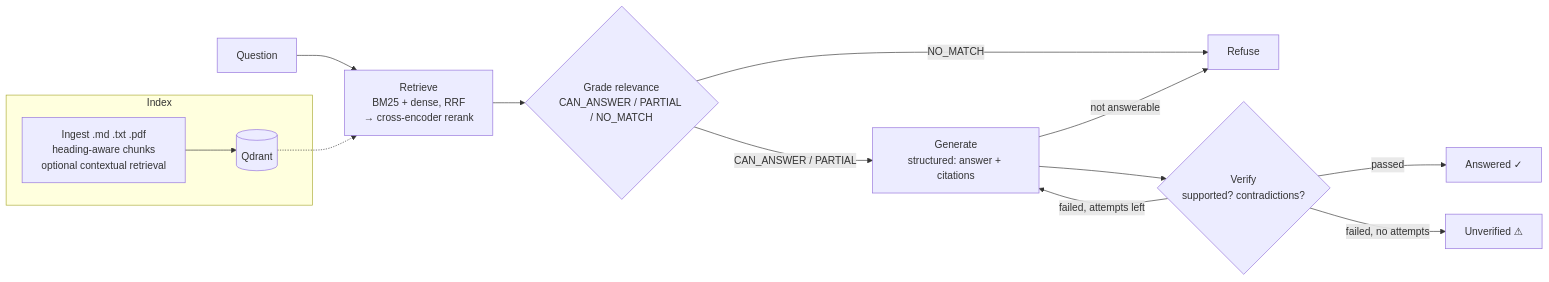
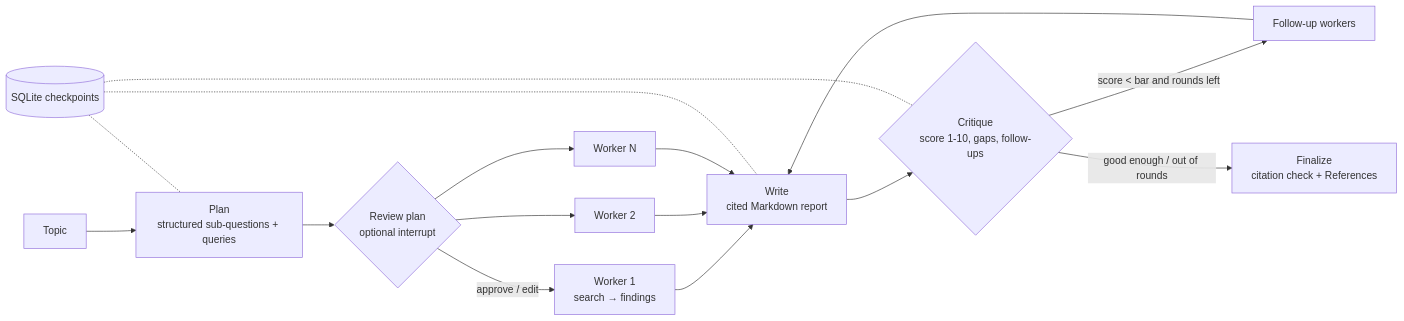
One commit to aftab-sheikh3/deep-research-agent changed the diagram in README.md. Above: the diagram before and after it, drawn with Mermaid. The commit also changed other lines of this file, not shown here.

````diff
--- a/README.md
+++ b/README.md
@@ -22,16 +18,13 @@
 ```mermaid
 flowchart LR
-    Q[Question] --> RET[Retrieve<br/>BM25 + dense, RRF<br/>→ cross-encoder rerank]
-    RET --> GR{Grade relevance<br/>CAN_ANSWER / PARTIAL / NO_MATCH}
-    GR -- NO_MATCH --> REF[Refuse]
-    GR -- CAN_ANSWER / PARTIAL --> GEN[Generate<br/>structured: answer + citations]
-    GEN -- not answerable --> REF
-    GEN --> VER{Verify<br/>supported? contradictions?}
-    VER -- passed --> OK[Answered ✓]
-    VER -- failed, attempts left --> GEN
-    VER -- failed, no attempts --> UNV[Unverified ⚠]
-    subgraph Index
-      ING[Ingest .md .txt .pdf<br/>heading-aware chunks<br/>optional contextual retrieval] --> QD[(Qdrant)]
-    end
-    QD -.-> RET
+    T[Topic] --> P[Plan<br/>structured sub-questions + queries]
+    P --> H{Review plan<br/>optional interrupt}
+    H -- approve / edit --> W1[Worker 1<br/>search → findings]
+    H --> W2[Worker 2]
+    H --> W3[Worker N]
+    W1 & W2 & W3 --> WR[Write<br/>cited Markdown report]
+    WR --> C{Critique<br/>score 1-10, gaps, follow-ups}
+    C -- score < bar and rounds left --> F[Follow-up workers] --> WR
+    C -- good enough / out of rounds --> FIN[Finalize<br/>citation check + References]
+    S[(SQLite checkpoints)] -.- P & WR & C
 ```
````
